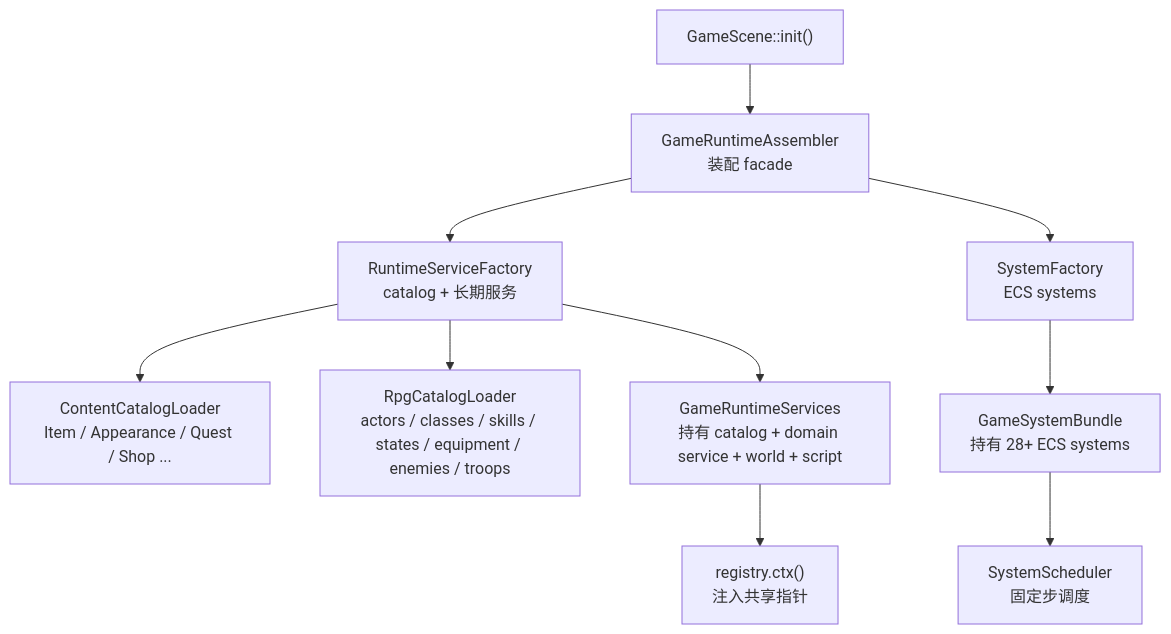
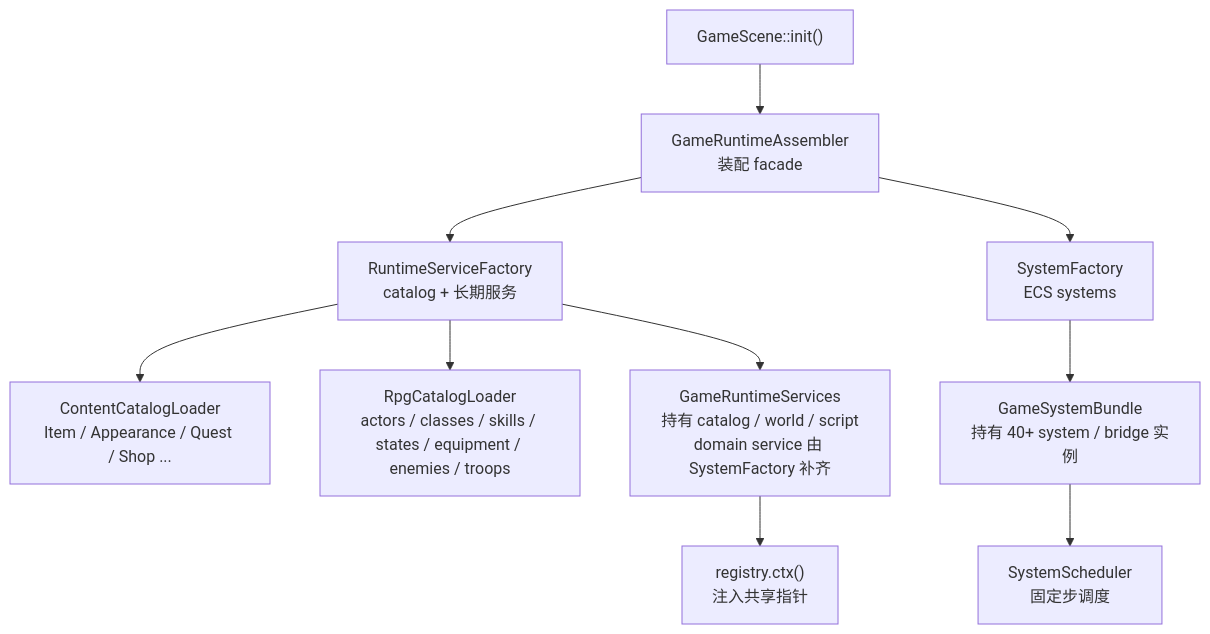
One commit to WispSnow/TinyFarmRPG changed the first of 5 diagrams in lecture_plans/lectures/01-游戏架构设计.md. Above: the diagram before and after it, drawn with Mermaid. The commit also changed other lines of this file and 3 other files, not shown here.

````diff
--- a/lecture_plans/lectures/01-游戏架构设计.md
+++ b/lecture_plans/lectures/01-游戏架构设计.md
@@ -22,12 +22,12 @@
 ```mermaid
 flowchart TD
     GS["GameScene::init()"] --> GRA["GameRuntimeAssembler<br/>装配 facade"]
     GRA --> RSF["RuntimeServiceFactory<br/>catalog + 长期服务"]
     GRA --> SF["SystemFactory<br/>ECS systems"]
     RSF --> CCL["ContentCatalogLoader<br/>Item / Appearance / Quest / Shop ..."]
     RSF --> RCL["RpgCatalogLoader<br/>actors / classes / skills / states / equipment / enemies / troops"]
-    RSF --> SVC["GameRuntimeServices<br/>持有 catalog + domain service + world + script"]
-    SF --> BUN["GameSystemBundle<br/>持有 28+ ECS systems"]
+    RSF --> SVC["GameRuntimeServices<br/>持有 catalog / world / script<br/>domain service 由 SystemFactory 补齐"]
+    SF --> BUN["GameSystemBundle<br/>持有 40+ system / bridge 实例"]
     SVC --> CTX["registry.ctx()<br/>注入共享指针"]
     BUN --> SCH["SystemScheduler<br/>固定步调度"]
 ```
````
